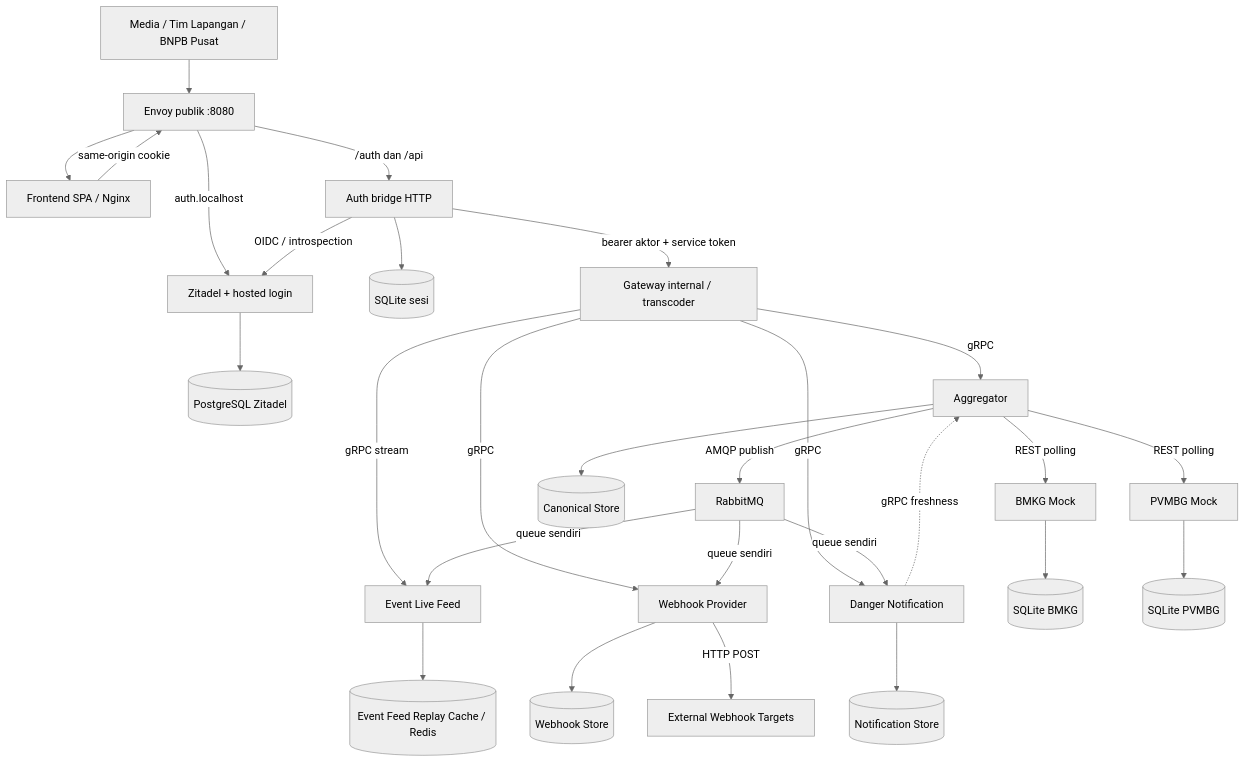
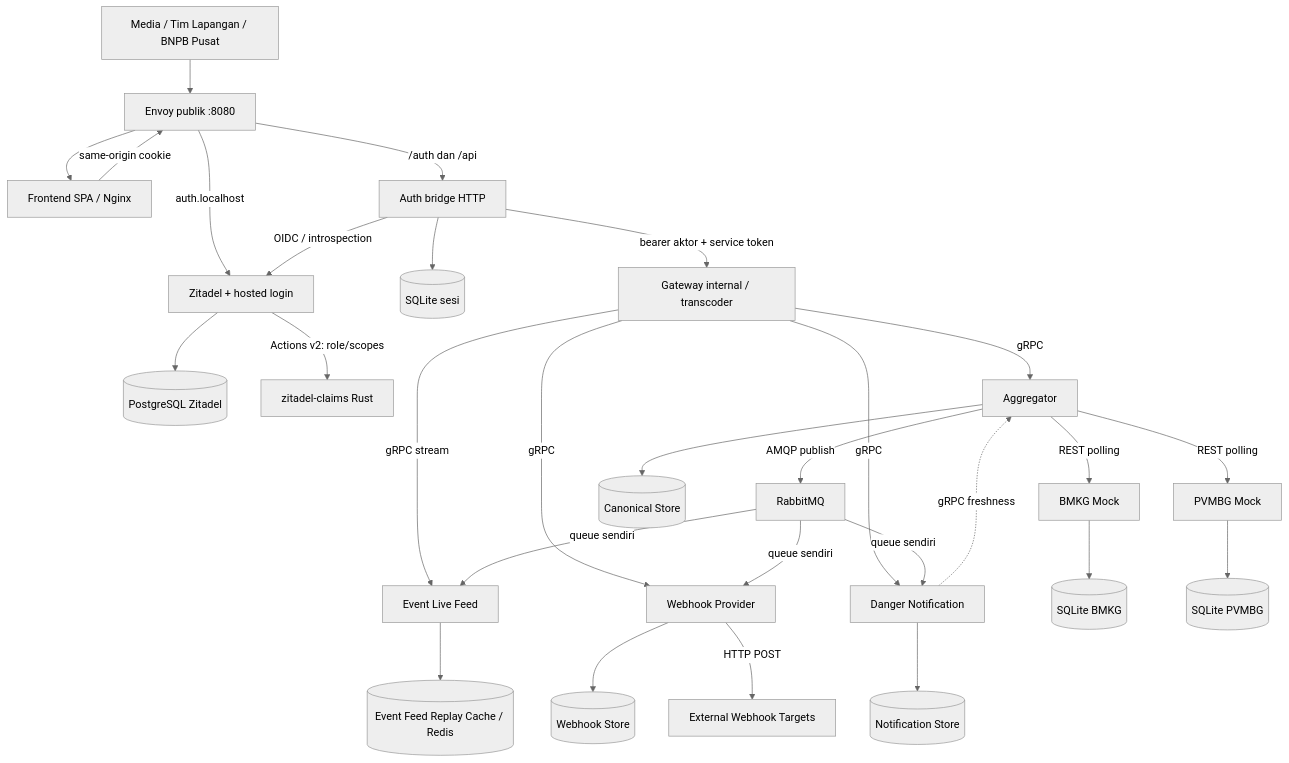
The diagram in docs/architecture.md (Azzkaaaa/Tugas-Besar-AAT-M1), drawn with Mermaid (neutral theme) before and after one commit. The commit also changed other lines of this file and 27 other files, not shown here.

Commit message:
refactor: move zitadel scopes injection action to own sidecat

````diff
--- a/docs/architecture.md
+++ b/docs/architecture.md
@@ -12,30 +12,31 @@
 ```mermaid
 flowchart TB
   clients[Media / Tim Lapangan / BNPB Pusat] --> edge[Envoy publik :8080]
   edge --> spa[Frontend SPA / Nginx]
   edge -->|/auth dan /api| auth[Auth bridge HTTP]
   spa -->|same-origin cookie| edge
   edge -->|auth.localhost| idp[Zitadel + hosted login]
   auth -->|OIDC / introspection| idp
   idp --> idpdb[(PostgreSQL Zitadel)]
+  idp -->|Actions v2: role/scopes| claims[zitadel-claims Rust]
   auth --> authdb[(SQLite sesi)]
   auth -->|bearer aktor + service token| gateway[Gateway internal / transcoder]
   gateway -->|gRPC| aggregator[Aggregator]
   gateway -->|gRPC stream| eventfeed[Event Live Feed]
   gateway -->|gRPC| webhook[Webhook Provider]
   gateway -->|gRPC| notification[Danger Notification]
   aggregator -->|REST polling| bmkg[BMKG Mock]
   aggregator -->|REST polling| pvmbg[PVMBG Mock]
   aggregator --> canonical[(Canonical Store)]
   bmkg --> bmkgdb[(SQLite BMKG)]
   pvmbg --> pvmbgdb[(SQLite PVMBG)]
   notification --> notificationdb[(Notification Store)]
   eventfeed --> eventfeedcache[(Event Feed Replay Cache / Redis)]
   webhook --> webhookdb[(Webhook Store)]
   webhook -->|HTTP POST| externalwebhooks[External Webhook Targets]
   aggregator -->|AMQP publish| broker[RabbitMQ]
   broker -->|queue sendiri| eventfeed
   broker -->|queue sendiri| webhook
   broker -->|queue sendiri| notification
   notification -.->|gRPC freshness| aggregator
 ```
````
